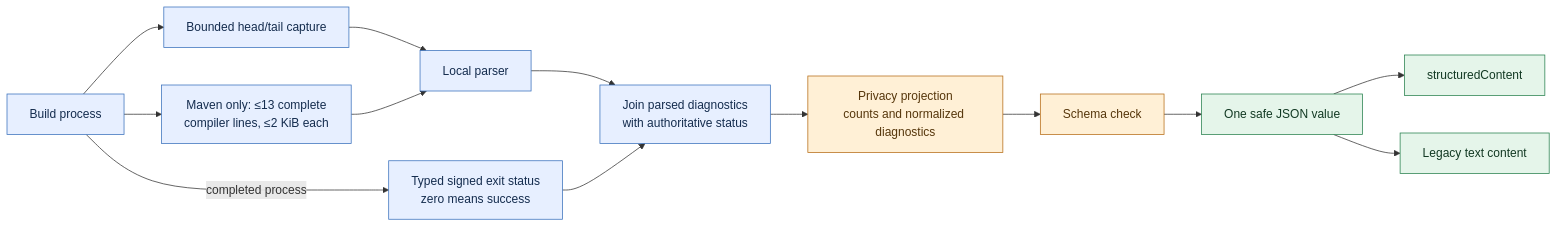
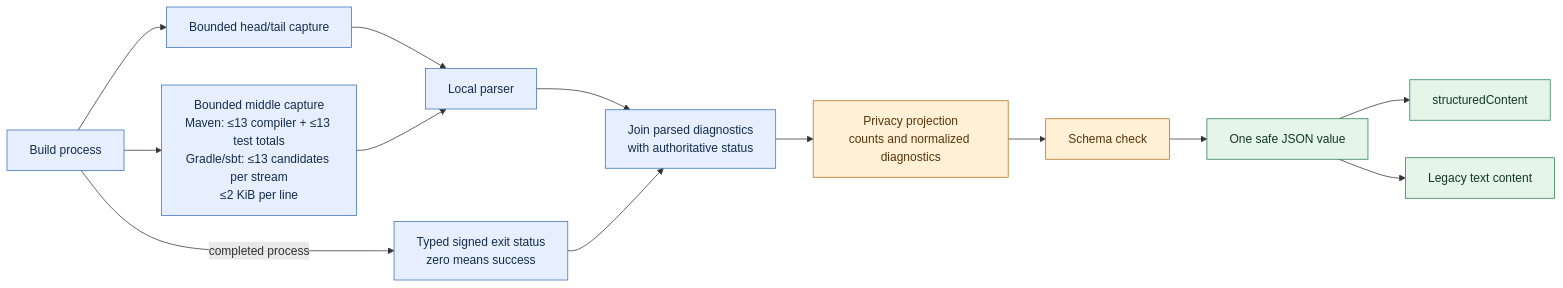
The diagram in docs/reference/structured-build-results.md (thepragmatik/mcp-server-jvm-build-tools), drawn with Mermaid before and after one commit. The commit also changed other lines of this file and 12 other files, not shown here.

First line of the commit message:
Surface privacy-safe Gradle and sbt test failures (#253)

````diff
--- a/docs/reference/structured-build-results.md
+++ b/docs/reference/structured-build-results.md
@@ -37,21 +39,21 @@
 ```mermaid
 flowchart LR
     A[Build process] --> H[Bounded head/tail capture]
-    A --> M["Maven only: ≤13 complete<br/>compiler lines, ≤2 KiB each"]
+    A --> M["Bounded middle capture<br/>Maven: ≤13 compiler + ≤13 test totals<br/>Gradle/sbt: ≤13 candidates per stream<br/>≤2 KiB per line"]
     H --> B[Local parser]
     M --> B
     A -->|completed process| S["Typed signed exit status<br/>zero means success"]
     B --> J["Join parsed diagnostics<br/>with authoritative status"]
     S --> J
     J --> C[Privacy projection<br/>counts and normalized diagnostics]
     C --> D[Schema check]
     D --> E[One safe JSON value]
     E --> F[structuredContent]
     E --> G[Legacy text content]
     classDef local fill:#e7efff,stroke:#3970bc,color:#142c4e
     classDef boundary fill:#fff0d6,stroke:#b66c16,color:#56360b
     classDef result fill:#e5f5ea,stroke:#27804e,color:#123923
     class A,H,M,B,S,J local
     class C,D boundary
     class E,F,G result
 ```
````
